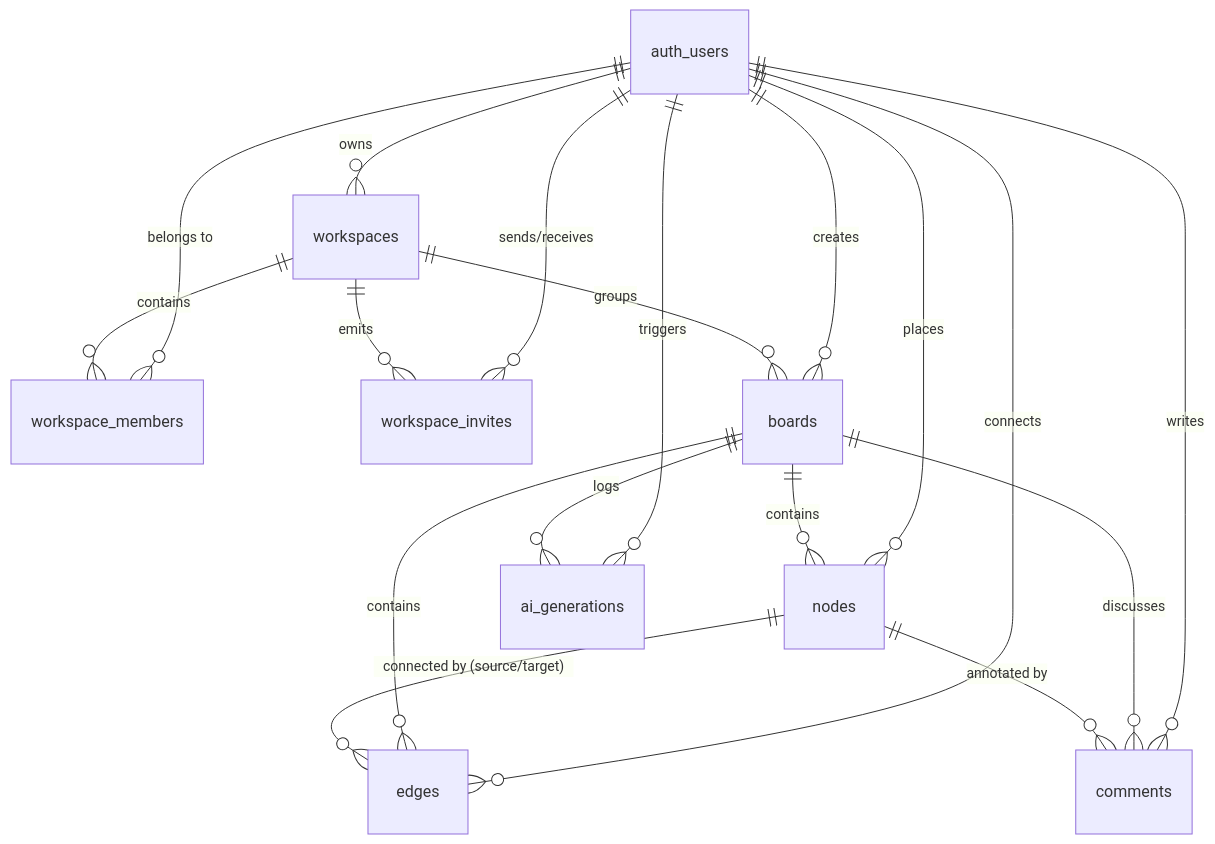
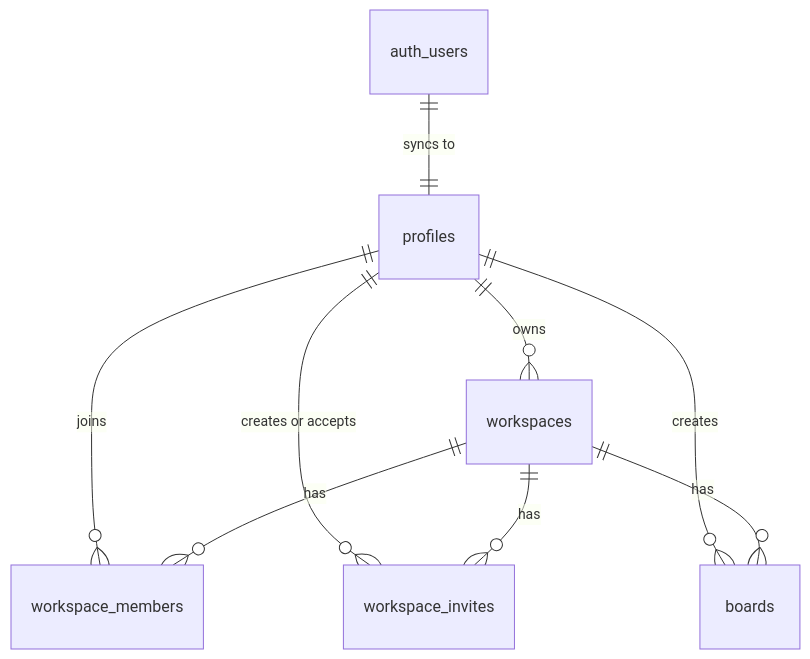
The second of 2 diagrams in docs/PHASES.md (tushar-180/WhiteBoardSaaS2), drawn with Mermaid before and after one commit. The commit also changed other lines of this file and 23 other files, not shown here.

````diff
--- a/docs/PHASES.md
+++ b/docs/PHASES.md
@@ -40,23 +38,12 @@
 ```mermaid
 erDiagram
-    auth_users ||--o{ workspaces : "owns"
-    auth_users ||--o{ workspace_members : "belongs to"
-    auth_users ||--o{ workspace_invites : "sends/receives"
-    auth_users ||--o{ boards : "creates"
-    auth_users ||--o{ nodes : "places"
-    auth_users ||--o{ edges : "connects"
-    auth_users ||--o{ comments : "writes"
-    auth_users ||--o{ ai_generations : "triggers"
+    auth_users ||--|| profiles : "syncs to"
+    profiles ||--o{ workspaces : "owns"
+    profiles ||--o{ workspace_members : "joins"
+    profiles ||--o{ workspace_invites : "creates or accepts"
+    profiles ||--o{ boards : "creates"
 
-    workspaces ||--o{ workspace_members : "contains"
-    workspaces ||--o{ workspace_invites : "emits"
-    workspaces ||--o{ boards : "groups"
-
-    boards ||--o{ nodes : "contains"
-    boards ||--o{ edges : "contains"
-    boards ||--o{ ai_generations : "logs"
-    boards ||--o{ comments : "discusses"
-
-    nodes ||--o{ edges : "connected by (source/target)"
-    nodes ||--o{ comments : "annotated by"
+    workspaces ||--o{ workspace_members : "has"
+    workspaces ||--o{ workspace_invites : "has"
+    workspaces ||--o{ boards : "has"
 ```
````
